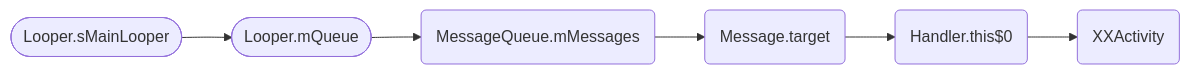
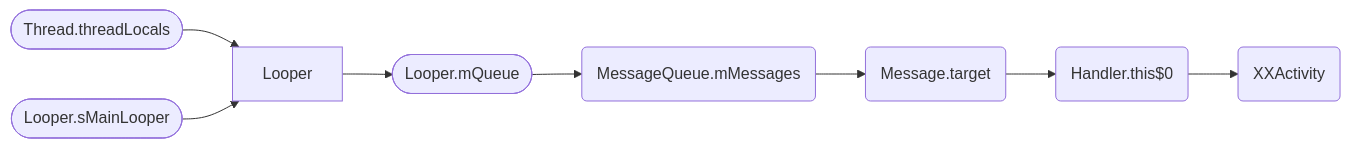
The diagram in docs/Android/Performance/百度地图内存泄漏问题.md (dxslin/SlinNotes), drawn with Mermaid before and after one commit. The commit also changed other lines of this file, not shown here.

````diff
--- a/docs/Android/Performance/百度地图内存泄漏问题.md
+++ b/docs/Android/Performance/百度地图内存泄漏问题.md
@@ -55,6 +47,7 @@
 ```mermaid
 graph LR
-
-Looper.sMainLooper([Looper.sMainLooper]) --> LooperQ([Looper.mQueue]) --> MessageQueue(MessageQueue.mMessages) --> Message(Message.target) --> Handler(Handler.a) 
+Thread([Thread.threadLocals]) --> Looper[Looper]
+Looper.sMainLooper([Looper.sMainLooper]) --> Looper[Looper]
+Looper[Looper] --> LooperQ([Looper.mQueue]) --> MessageQueue(MessageQueue.mMessages) --> Message(Message.target) --> Handler(Handler.a) 
 Handler(Handler.this$0) --> XXActivity(XXActivity)
 ```
````
